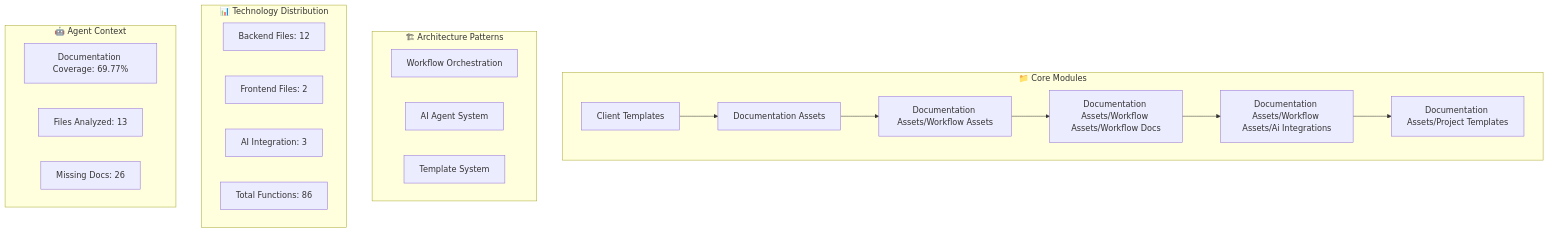
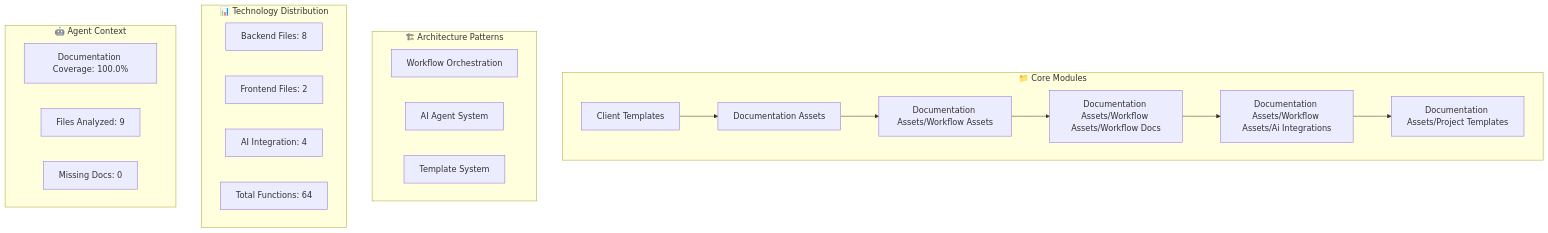
Before and after one commit to Spitfire-Products/Arkival-V4: the second of 5 diagrams in ARCHITECTURE_DIAGRAM.md, drawn with Mermaid. The commit also changed other lines of this file and 37 other files, not shown here.

````diff
--- a/ARCHITECTURE_DIAGRAM.md
+++ b/ARCHITECTURE_DIAGRAM.md
@@ -44,36 +44,36 @@
 ```mermaid
 graph TB
     subgraph "📁 Core Modules"
         M0[Client Templates]
         M1[Documentation Assets]
         M2[Documentation Assets/Workflow Assets]
         M3[Documentation Assets/Workflow Assets/Workflow Docs]
         M4[Documentation Assets/Workflow Assets/Ai Integrations]
         M5[Documentation Assets/Project Templates]
 
         M0 --> M1
         M1 --> M2
         M2 --> M3
         M3 --> M4
         M4 --> M5
     end
 
     subgraph "🏗 Architecture Patterns"
         P0[Workflow Orchestration]
         P1[AI Agent System]
         P2[Template System]
     end
 
     subgraph "📊 Technology Distribution"
-        T1[Backend Files: 12]
+        T1[Backend Files: 8]
         T2[Frontend Files: 2]
-        T3[AI Integration: 3]
-        T4[Total Functions: 86]
+        T3[AI Integration: 4]
+        T4[Total Functions: 64]
     end
 
     subgraph "🤖 Agent Context"
-        A1[Documentation Coverage: 69.77%]
-        A2[Files Analyzed: 13]
-        A3[Missing Docs: 26]
+        A1[Documentation Coverage: 100.0%]
+        A2[Files Analyzed: 9]
+        A3[Missing Docs: 0]
     end
 ```
````
